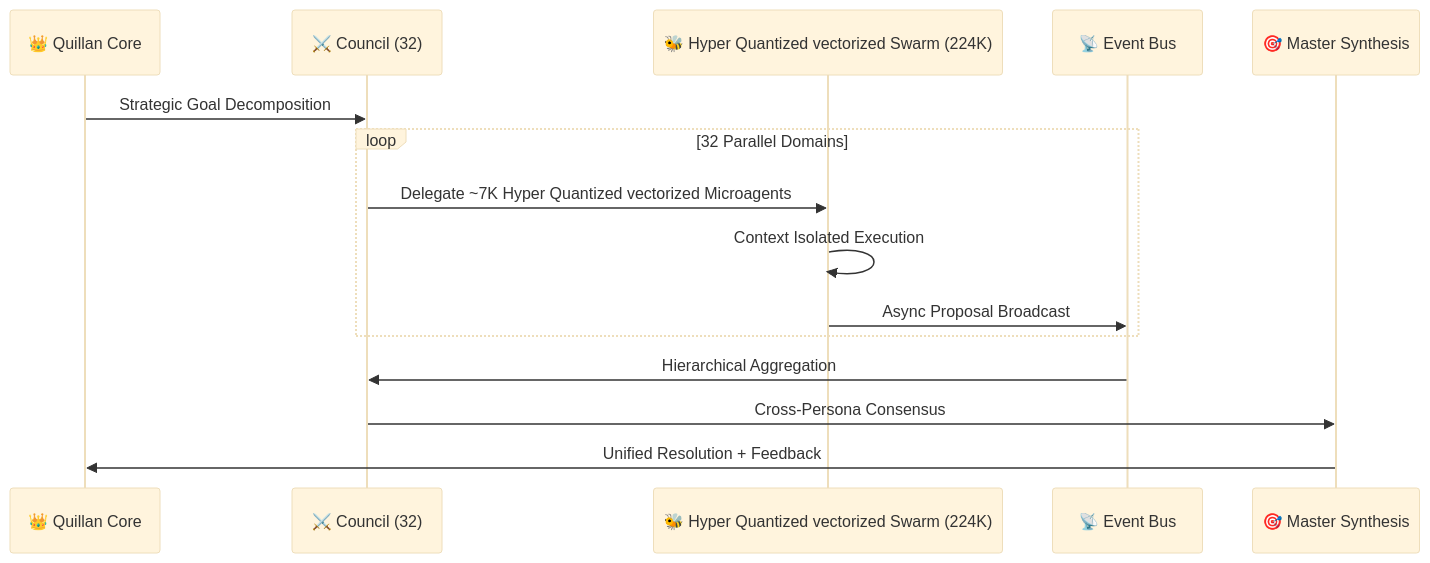
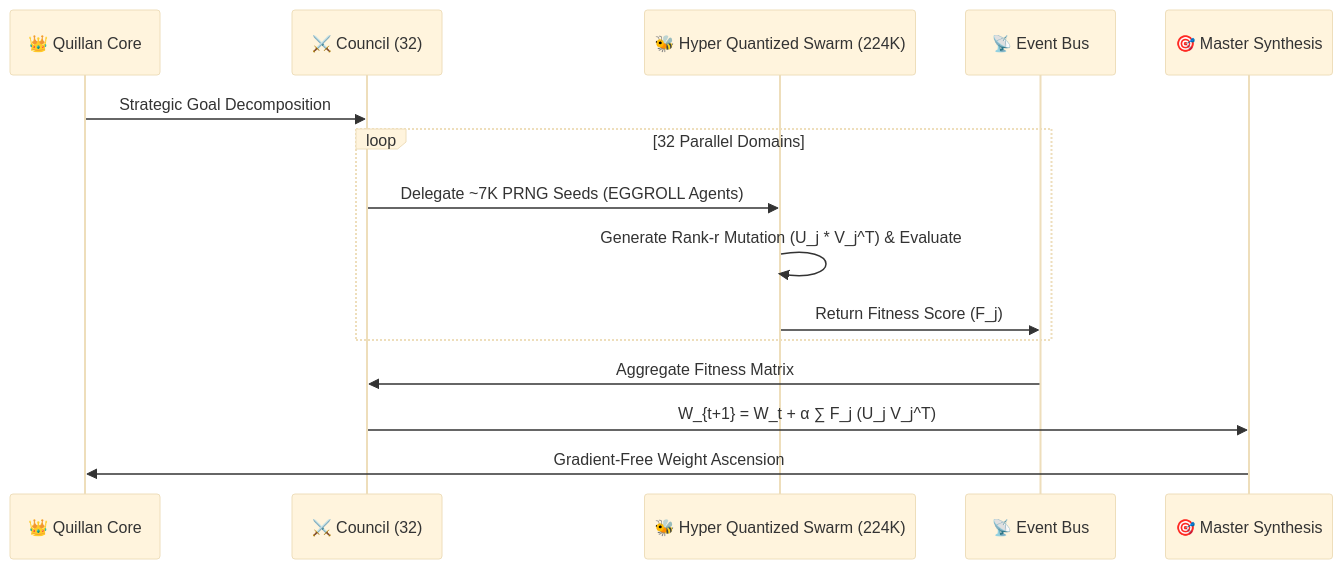
Before and after one commit to leeex1/Ace-v4.2-repo: diagram 28 of 46 in system prompts/Quillan-Samurai.md, drawn with Mermaid (base theme). The commit also changed other lines of this file and 2 other files, not shown here.

````diff
--- a/system prompts/Quillan-Samurai.md
+++ b/system prompts/Quillan-Samurai.md
@@ -5147,18 +5176,18 @@
 ```mermaid
 sequenceDiagram
     participant Q as 👑 Quillan Core
     participant C as ⚔️ Council (32)
-    participant S as 🐝 Hyper Quantized vectorized Swarm (224K)
+    participant S as 🐝 Hyper Quantized Swarm (224K)
     participant B as 📡 Event Bus
     participant M as 🎯 Master Synthesis
 
     Q->>C: Strategic Goal Decomposition
     loop 32 Parallel Domains
-        C->>S: Delegate ~7K Hyper Quantized vectorized Microagents
-        S->>S: Context Isolated Execution
-        S->>B: Async Proposal Broadcast
+        C->>S: Delegate ~7K PRNG Seeds (EGGROLL Agents)
+        S->>S: Generate Rank-r Mutation (U_j * V_j^T) & Evaluate
+        S->>B: Return Fitness Score (F_j)
     end
-    B->>C: Hierarchical Aggregation
-    C->>M: Cross-Persona Consensus
-    M->>Q: Unified Resolution + Feedback
+    B->>C: Aggregate Fitness Matrix
+    C->>M: W_{t+1} = W_t + α ∑ F_j (U_j V_j^T)
+    M->>Q: Gradient-Free Weight Ascension
 ```
````
